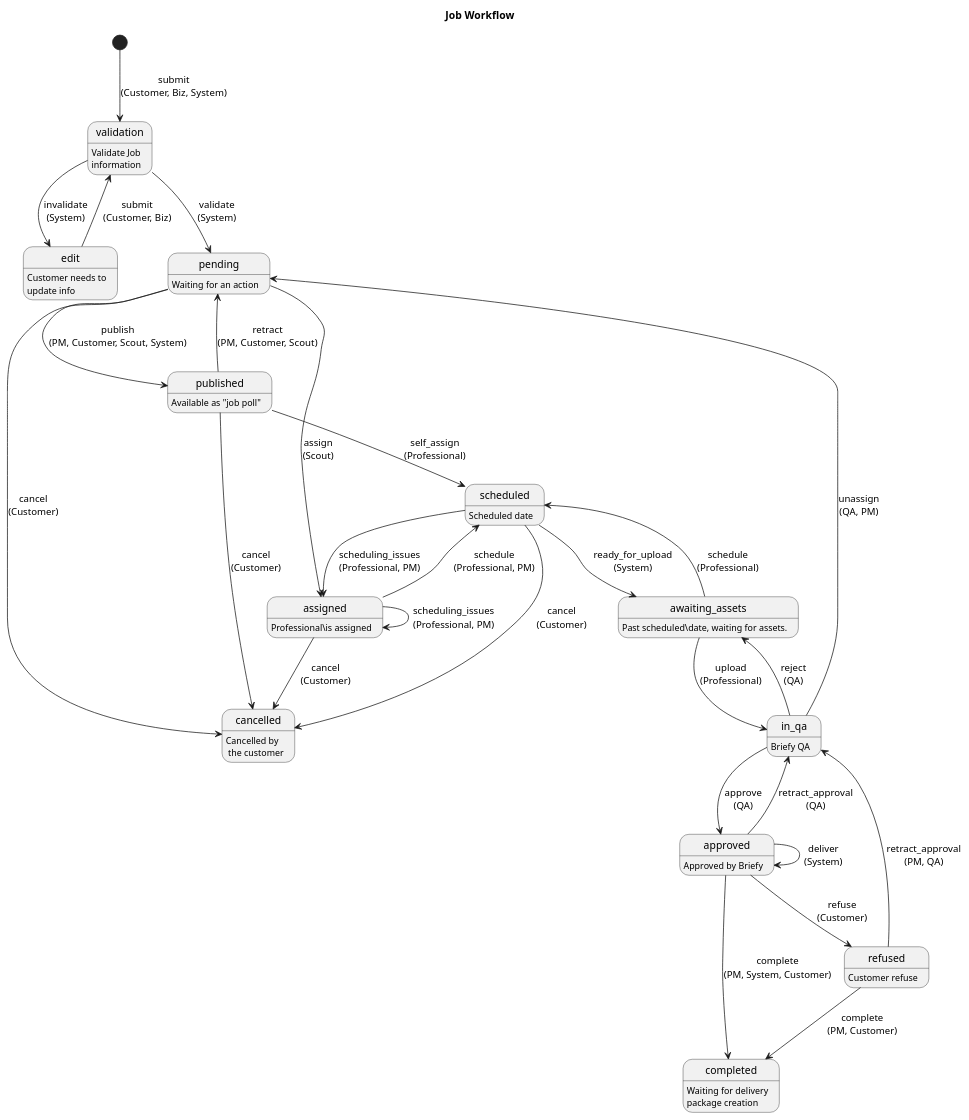
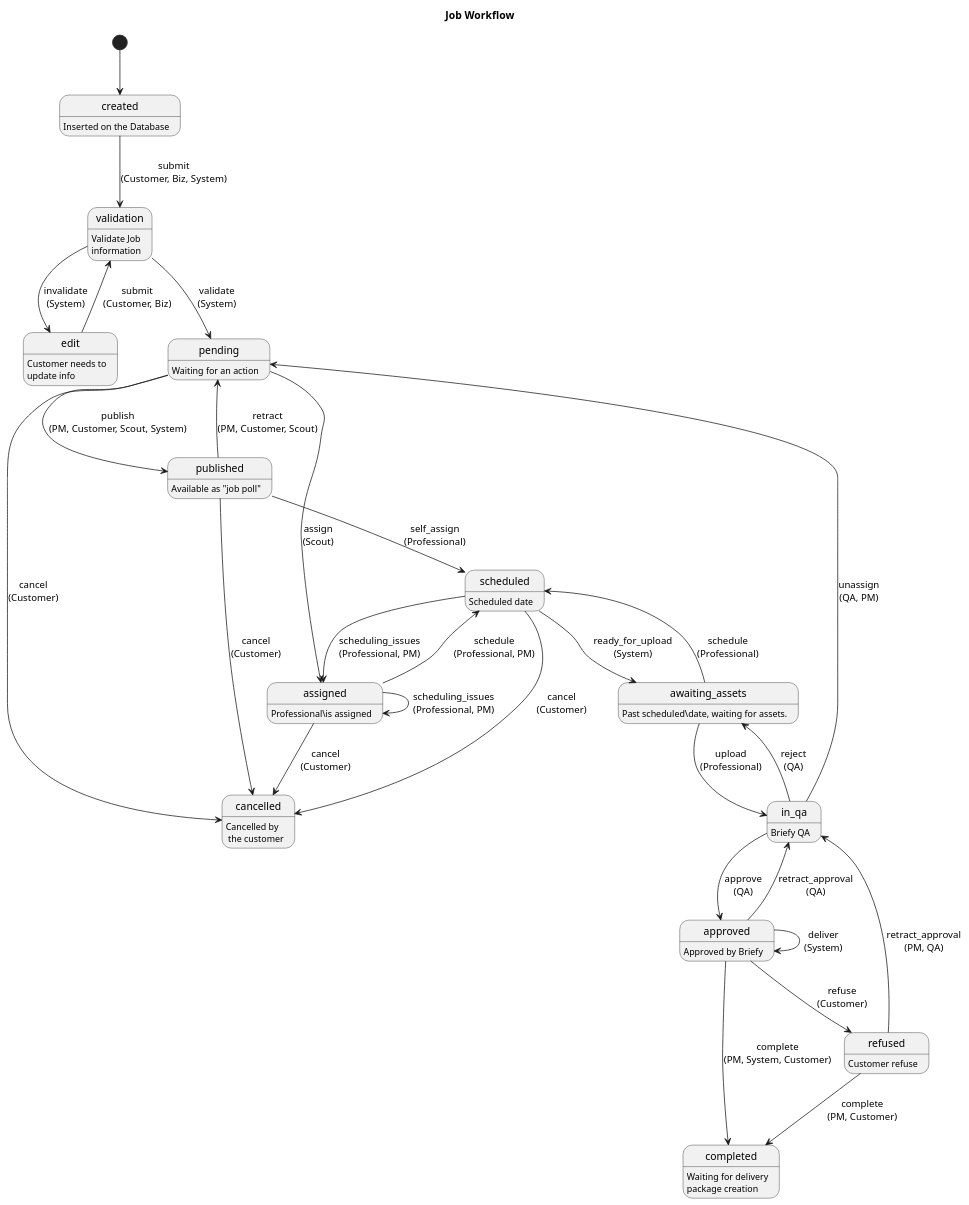
Before and after one commit to BriefyHQ/briefy.leica: the diagram in docs/objects/job.rst, drawn with PlantUML. The commit also changed other lines of this file and 8 other files, not shown here.

```diff
--- a/docs/objects/job.rst
+++ b/docs/objects/job.rst
@@ -7,48 +177,50 @@
 .. uml::
 
     @startuml
 
     title Job Workflow
 
+    state created: Inserted on the Database
     state validation: Validate Job\ninformation
     state edit: Customer needs to\nupdate info
     state pending: Waiting for an action
     state published: Available as "job poll"
     state assigned: Professional\is assigned
     state scheduled: Scheduled date
     state cancelled: Cancelled by\n the customer
     state awaiting_assets: Past scheduled\date, waiting for assets.
     state in_qa: Briefy QA
     state approved: Approved by Briefy
     state completed: Waiting for delivery\npackage creation
     state refused: Customer refuse
 
-    [*] --> validation : submit\n(Customer, Biz, System)
+    [*] --> created
+    created --> validation : submit\n(Customer, Biz, System)
     validation --> edit : invalidate\n(System)
     edit --> validation : submit\n(Customer, Biz)
     validation --> pending : validate\n(System)
     pending --> assigned: assign\n(Scout)
     pending --> published: publish\n(PM, Customer, Scout, System)
     published --> pending: retract\n(PM, Customer, Scout)
     published --> scheduled: self_assign\n(Professional)
     assigned --> scheduled: schedule\n(Professional, PM)
     assigned --> assigned: scheduling_issues\n(Professional, PM)
     scheduled --> assigned: scheduling_issues\n(Professional, PM)
     awaiting_assets --> scheduled: schedule\n(Professional)
     scheduled --> awaiting_assets: ready_for_upload\n(System)
     awaiting_assets --> in_qa: upload\n(Professional)
     in_qa --> awaiting_assets: reject\n(QA)
     in_qa --> approved: approve\n(QA)
     in_qa --> pending: unassign\n(QA, PM)
     approved --> in_qa: retract_approval\n(QA)
     approved --> completed: complete\n(PM, System, Customer)
     approved --> refused: refuse\n(Customer)
     approved --> approved: deliver\n(System)
     refused --> completed: complete\n(PM, Customer)
     refused --> in_qa: retract_approval\n(PM, QA)
     pending --> cancelled: cancel\n(Customer)
     published --> cancelled: cancel\n(Customer)
     assigned --> cancelled: cancel\n(Customer)
     scheduled --> cancelled: cancel\n(Customer)
 
     @enduml
```
